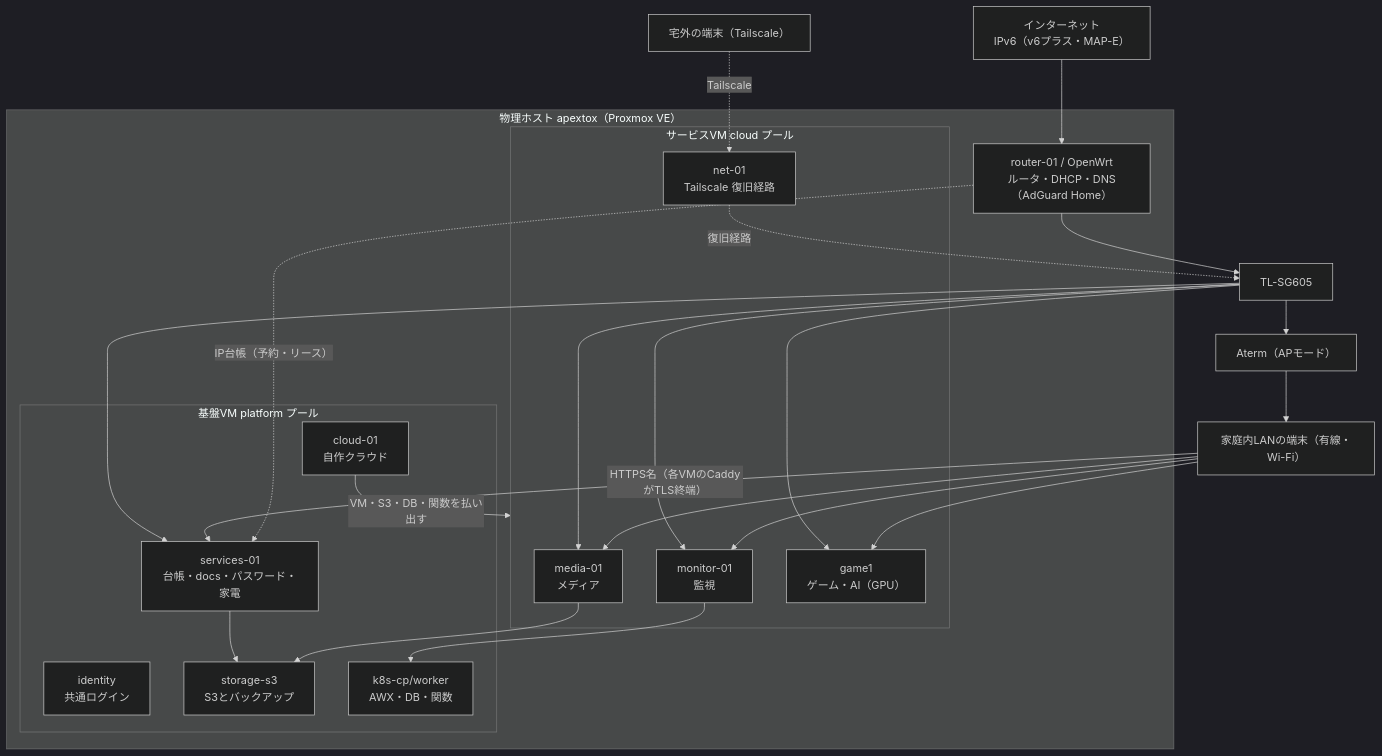
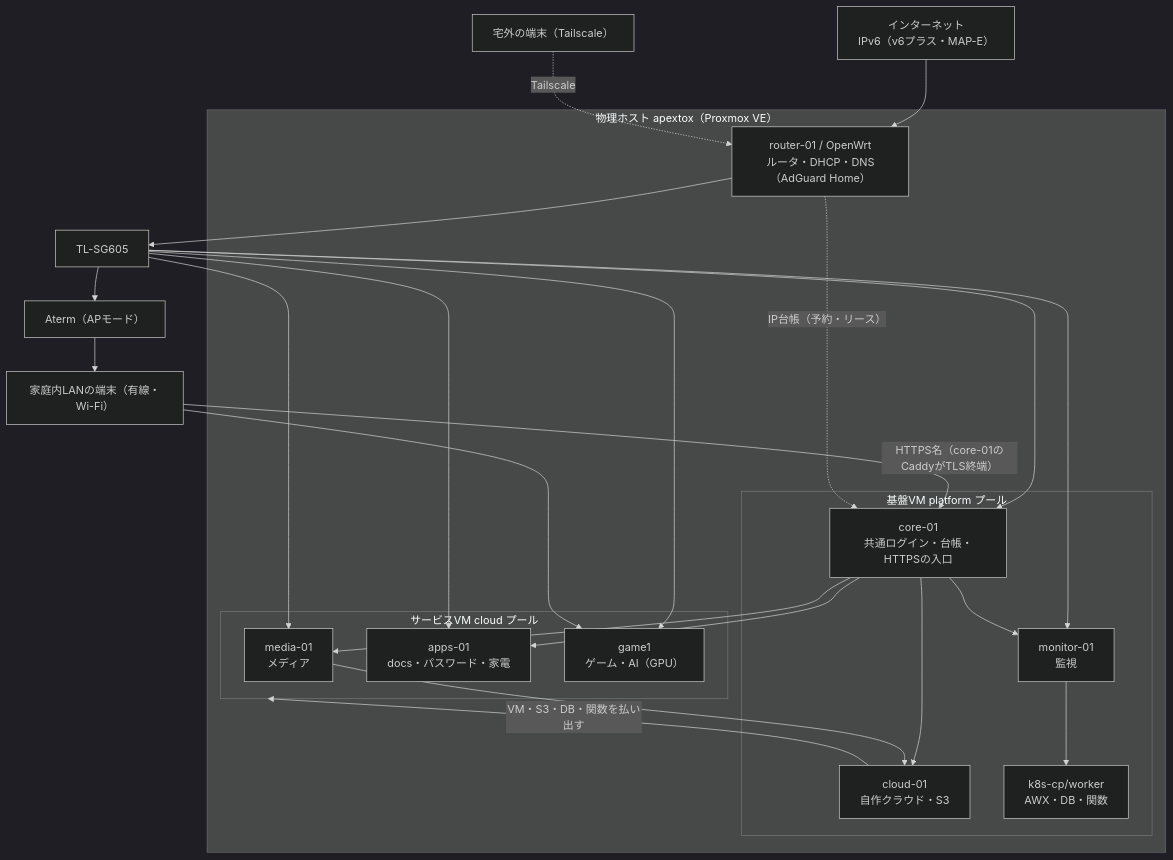
The first of 14 diagrams in docs/architecture/overview.md (rurutheGeek/shake-cloud), drawn with Mermaid (dark theme) before and after one commit. The commit also changed other lines of this file and 67 other files, not shown here.

````diff
--- a/docs/architecture/overview.md
+++ b/docs/architecture/overview.md
@@ -29,44 +29,43 @@
 ```mermaid
 flowchart TB
   internet["インターネット<br/>IPv6（v6プラス・MAP-E）"]
   devices["家庭内LANの端末（有線・Wi-Fi）"]
   remote["宅外の端末（Tailscale）"]
 
   subgraph host["物理ホスト apextox（Proxmox VE）"]
     router["router-01 / OpenWrt<br/>ルータ・DHCP・DNS（AdGuard Home）"]
     subgraph infra["基盤VM platform プール"]
-      identity["identity<br/>共通ログイン"]
-      cloud01["cloud-01<br/>自作クラウド"]
-      services01["services-01<br/>台帳・docs・パスワード・家電"]
-      storage["storage-s3<br/>S3とバックアップ"]
+      core01["core-01<br/>共通ログイン・台帳・HTTPSの入口"]
+      cloud01["cloud-01<br/>自作クラウド・S3"]
+      monitor["monitor-01<br/>監視"]
       k8s["k8s-cp/worker<br/>AWX・DB・関数"]
     end
     subgraph svcpool["サービスVM cloud プール"]
       media["media-01<br/>メディア"]
-      monitor["monitor-01<br/>監視"]
+      apps["apps-01<br/>docs・パスワード・家電"]
       game["game1<br/>ゲーム・AI（GPU）"]
-      net01["net-01<br/>Tailscale 復旧経路"]
     end
   end
   switch["TL-SG605"]
   aterm["Aterm（APモード）"]
 
   internet --> router
   router --> switch
   switch --> aterm --> devices
-  switch --> services01
+  switch --> core01
+  switch --> apps
   switch --> media
   switch --> monitor
   switch --> game
-  remote -. Tailscale .-> net01
-  net01 -. 復旧経路 .-> switch
-  devices -- "HTTPS名（各VMのCaddyがTLS終端）" --> services01
-  devices --> media
-  devices --> monitor
+  remote -. Tailscale .-> router
+  devices -- "HTTPS名（core-01のCaddyがTLS終端）" --> core01
+  core01 --> apps
+  core01 --> media
+  core01 --> monitor
+  core01 --> cloud01
   devices --> game
   cloud01 -- "VM・S3・DB・関数を払い出す" --> svcpool
-  services01 --> storage
-  media --> storage
+  media --> cloud01
   monitor --> k8s
-  router -. "IP台帳（予約・リース）" .-> services01
+  router -. "IP台帳（予約・リース）" .-> core01
 ```
````
